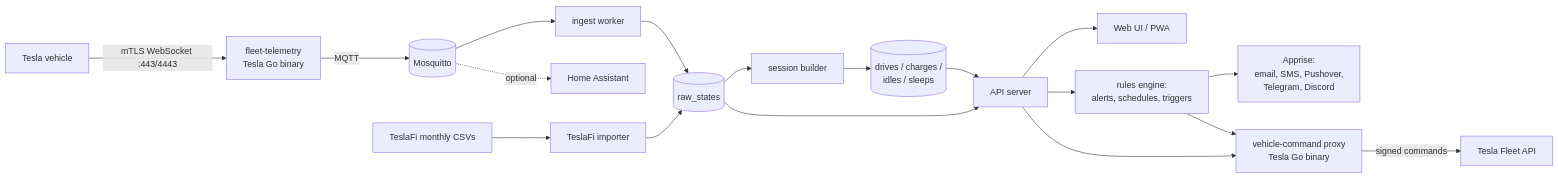
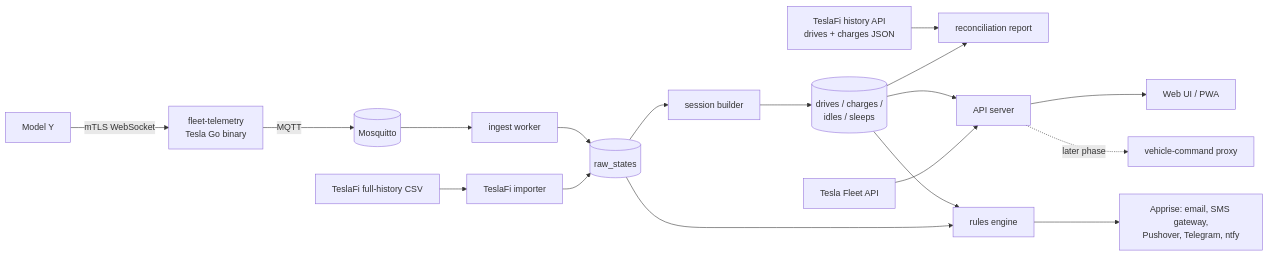
One commit to jlgreen11/teslai changed the diagram in docs/ARCHITECTURE.md. Above: the diagram before and after it, drawn with Mermaid. The commit also changed other lines of this file and 2 other files, not shown here.

First line of the commit message:
Revise architecture after logged-in TeslaFi account review

````diff
--- a/docs/ARCHITECTURE.md
+++ b/docs/ARCHITECTURE.md
@@ -58,19 +71,19 @@
 ```mermaid
 flowchart LR
-  car[Tesla vehicle] -- "mTLS WebSocket :443/4443" --> ft[fleet-telemetry<br/>Tesla Go binary]
+  car[Model Y] -- "mTLS WebSocket" --> ft[fleet-telemetry<br/>Tesla Go binary]
   ft -- MQTT --> mq[(Mosquitto)]
   mq --> ing[ingest worker]
   ing --> raw[(raw_states)]
   raw --> sb[session builder]
   sb --> sess[(drives / charges /<br/>idles / sleeps)]
-  csv[TeslaFi monthly CSVs] --> imp[TeslaFi importer] --> raw
+  csv[TeslaFi full-history CSV] --> imp[TeslaFi importer] --> raw
+  hist[TeslaFi history API<br/>drives + charges JSON] --> rec[reconciliation report]
+  sess --> rec
   sess --> api[API server]
-  raw --> api
   api --> web[Web UI / PWA]
-  api --> rules[rules engine:<br/>alerts, schedules, triggers]
-  rules --> notify[Apprise:<br/>email, SMS, Pushover,<br/>Telegram, Discord]
-  rules --> vcp[vehicle-command proxy<br/>Tesla Go binary]
-  api --> vcp
-  vcp -- "signed commands" --> fleet[Tesla Fleet API]
-  mq -. optional .-> ha[Home Assistant]
+  sess --> rules[rules engine]
+  raw --> rules
+  rules --> notify[Apprise: email, SMS gateway,<br/>Pushover, Telegram, ntfy]
+  fleet[Tesla Fleet API] --> api
+  api -. "later phase" .-> vcp[vehicle-command proxy]
 ```
````
